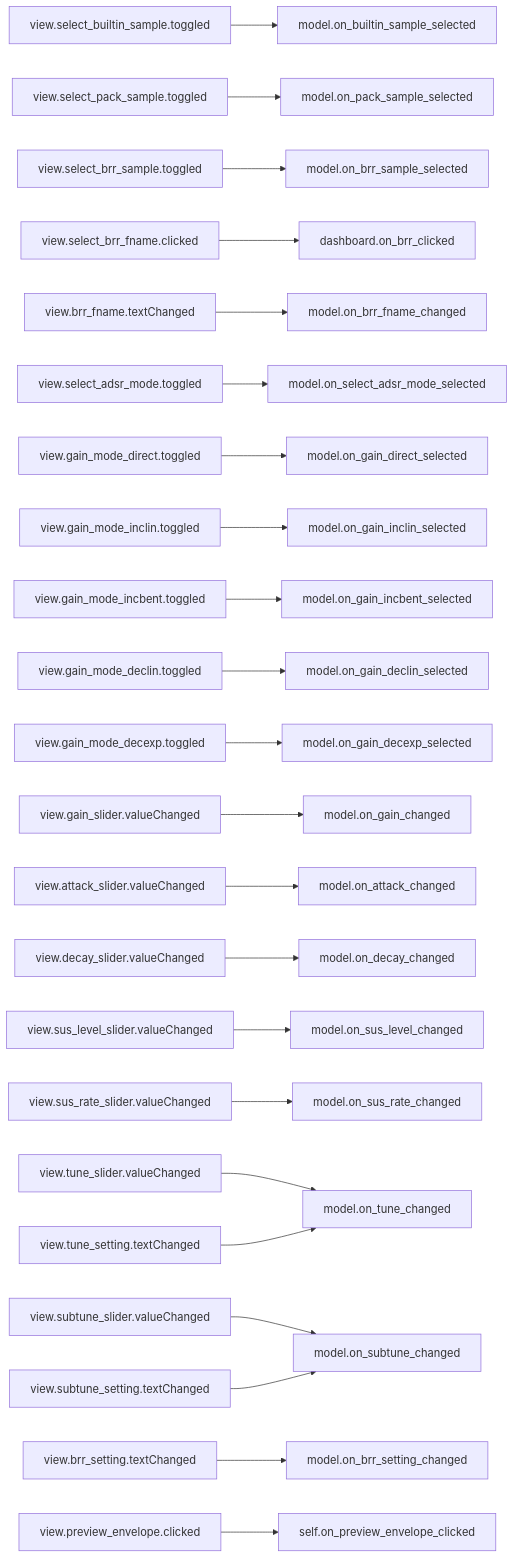
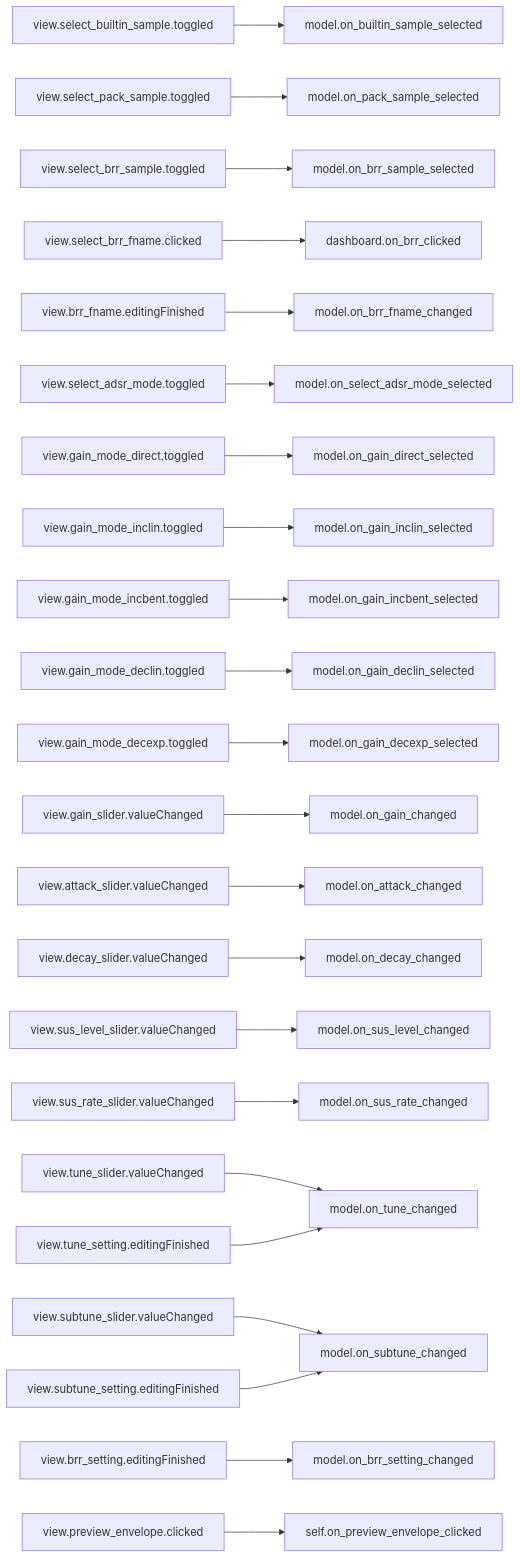
The sixth of 7 diagrams in doc/source/dashboard_signal_slot_map.rst (com-posers-pit/smw_music), drawn with Mermaid before and after one commit. The commit also changed other lines of this file and 1 other file, not shown here.

First line of the commit message:
QLineEdit signals: s/textChanged/editingFinished

```diff
--- a/doc/source/dashboard_signal_slot_map.rst
+++ b/doc/source/dashboard_signal_slot_map.rst
@@ -96,25 +104,25 @@
 .. mermaid::
 
    flowchart LR
       view.select_builtin_sample.toggled --> model.on_builtin_sample_selected
       view.select_pack_sample.toggled --> model.on_pack_sample_selected
       view.select_brr_sample.toggled --> model.on_brr_sample_selected
       view.select_brr_fname.clicked --> dashboard.on_brr_clicked
-      view.brr_fname.textChanged --> model.on_brr_fname_changed
+      view.brr_fname.editingFinished --> model.on_brr_fname_changed
       view.select_adsr_mode.toggled --> model.on_select_adsr_mode_selected
       view.gain_mode_direct.toggled --> model.on_gain_direct_selected
       view.gain_mode_inclin.toggled --> model.on_gain_inclin_selected
       view.gain_mode_incbent.toggled --> model.on_gain_incbent_selected
       view.gain_mode_declin.toggled --> model.on_gain_declin_selected
       view.gain_mode_decexp.toggled --> model.on_gain_decexp_selected
       view.gain_slider.valueChanged --> model.on_gain_changed
       view.attack_slider.valueChanged --> model.on_attack_changed
       view.decay_slider.valueChanged --> model.on_decay_changed
       view.sus_level_slider.valueChanged --> model.on_sus_level_changed
       view.sus_rate_slider.valueChanged --> model.on_sus_rate_changed
       view.tune_slider.valueChanged --> model.on_tune_changed
-      view.tune_setting.textChanged --> model.on_tune_changed
+      view.tune_setting.editingFinished --> model.on_tune_changed
       view.subtune_slider.valueChanged --> model.on_subtune_changed
-      view.subtune_setting.textChanged --> model.on_subtune_changed
-      view.brr_setting.textChanged --> model.on_brr_setting_changed
+      view.subtune_setting.editingFinished --> model.on_subtune_changed
+      view.brr_setting.editingFinished --> model.on_brr_setting_changed
       view.preview_envelope.clicked --> self.on_preview_envelope_clicked
```
